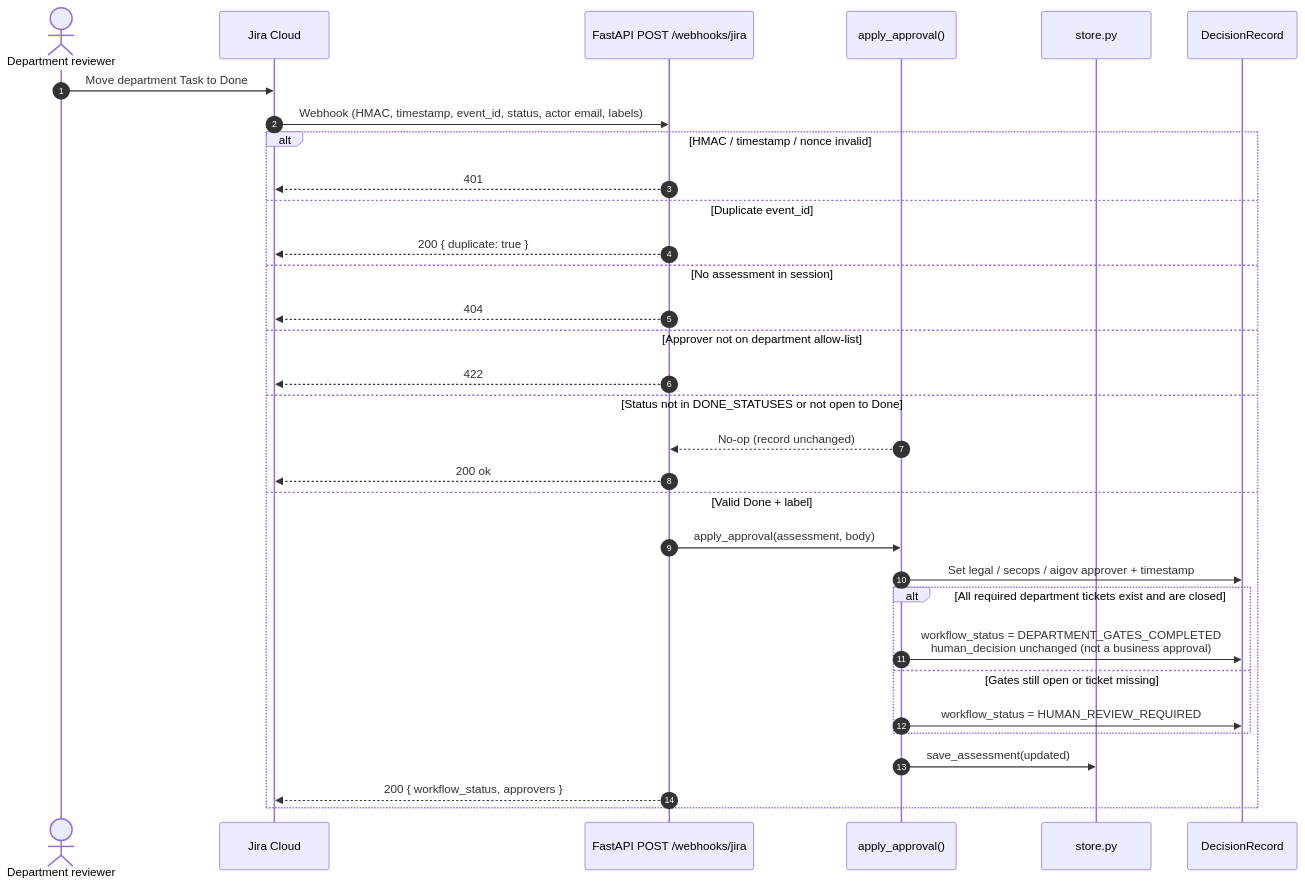
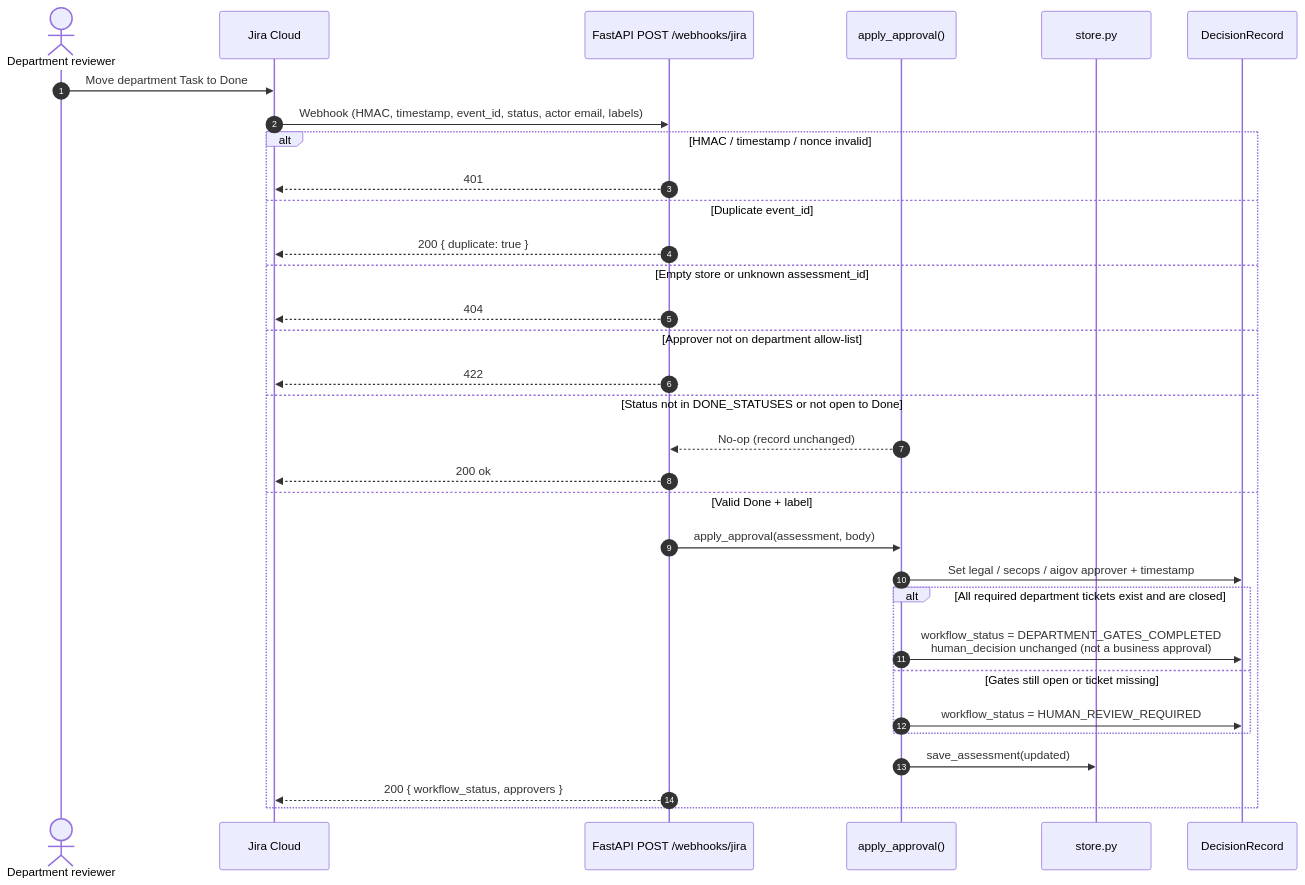
Before and after one commit to tshapedconsultant/enterprise-ai-risk: the second of 2 diagrams in docs/ARCHITECTURE.md, drawn with Mermaid. The commit also changed other lines of this file and 12 other files, not shown here.

````diff
--- a/docs/ARCHITECTURE.md
+++ b/docs/ARCHITECTURE.md
@@ -106,35 +112,35 @@
 ```mermaid
 sequenceDiagram
   autonumber
   actor Reviewer as Department reviewer
   participant Jira as Jira Cloud
   participant API as FastAPI POST /webhooks/jira
   participant WF as apply_approval()
   participant Store as store.py
   participant DR as DecisionRecord
 
   Reviewer->>Jira: Move department Task to Done
   Jira->>API: Webhook (HMAC, timestamp, event_id, status, actor email, labels)
   alt HMAC / timestamp / nonce invalid
     API-->>Jira: 401
   else Duplicate event_id
     API-->>Jira: 200 { duplicate: true }
-  else No assessment in session
+  else Empty store or unknown assessment_id
     API-->>Jira: 404
   else Approver not on department allow-list
     API-->>Jira: 422
   else Status not in DONE_STATUSES or not open to Done
     WF-->>API: No-op (record unchanged)
     API-->>Jira: 200 ok
   else Valid Done + label
     API->>WF: apply_approval(assessment, body)
     WF->>DR: Set legal / secops / aigov approver + timestamp
     alt All required department tickets exist and are closed
       WF->>DR: workflow_status = DEPARTMENT_GATES_COMPLETED<br/>human_decision unchanged (not a business approval)
     else Gates still open or ticket missing
       WF->>DR: workflow_status = HUMAN_REVIEW_REQUIRED
     end
     WF->>Store: save_assessment(updated)
     API-->>Jira: 200 { workflow_status, approvers }
   end
 ```
````
